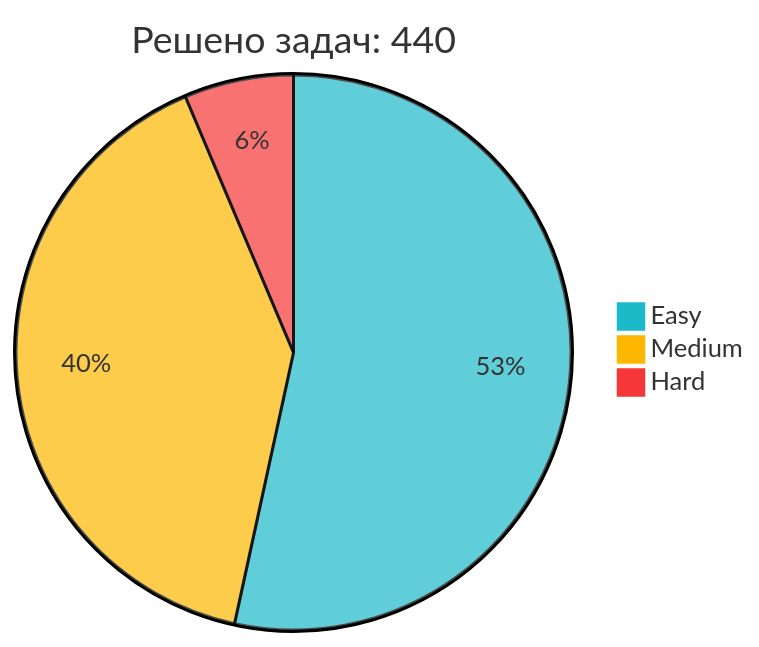
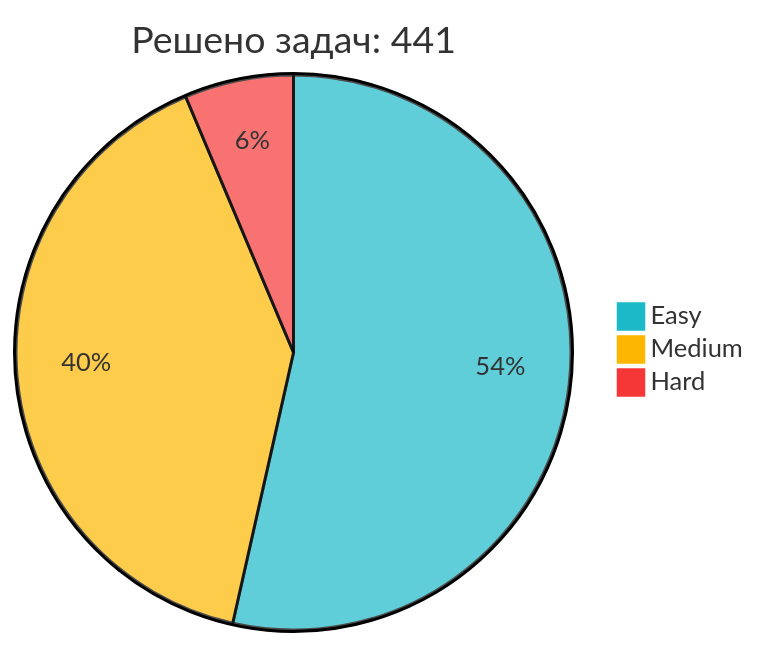
Before and after one commit to IliaKurdukov/IliaKurdukov: the diagram in README.md, drawn with Mermaid. The commit also changed other lines of this file, not shown here.

Commit message:
📈 Обновление статистики LeetCode

````diff
--- a/README.md
+++ b/README.md
@@ -51,7 +51,7 @@
 ```mermaid
 %%{init: {'theme': 'base', 'themeVariables': { 'pie1': '#1CBAC8', 'pie2': '#FEB700', 'pie3': '#F63737' }, 'config': {'width': 300, 'height': 200}}}%%
-pie title Решено задач: 440
-   "Easy" : 235
+pie title Решено задач: 441
+   "Easy" : 236
    "Medium" : 177
    "Hard" : 28
 ```
````
